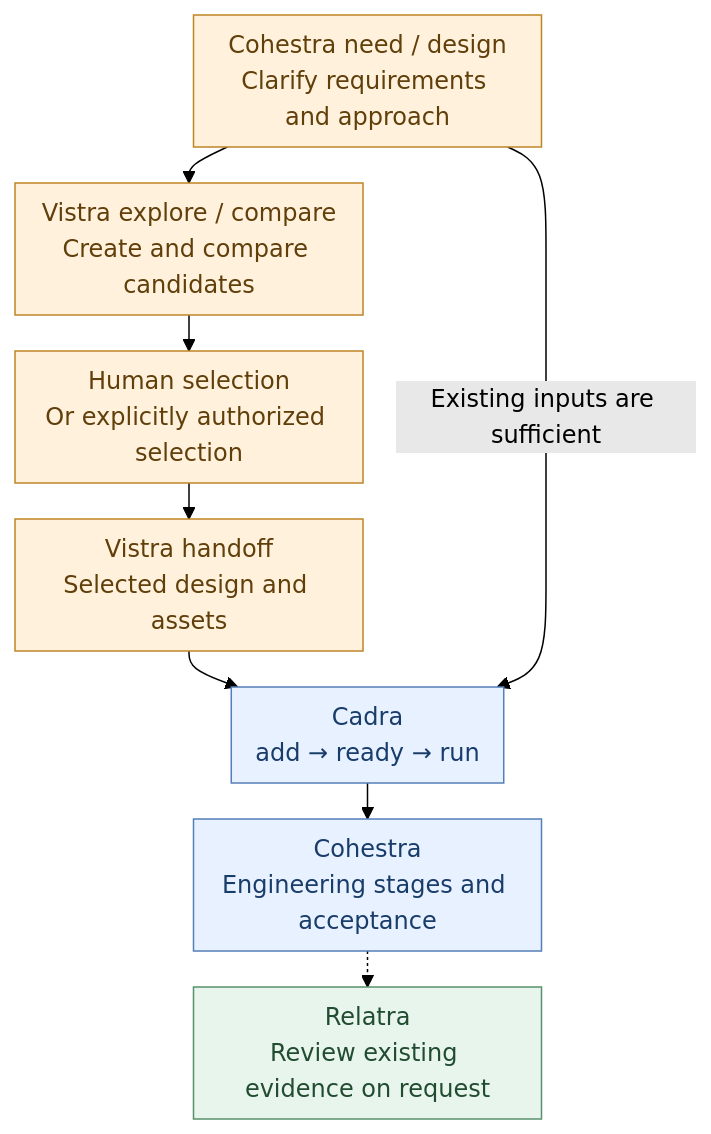
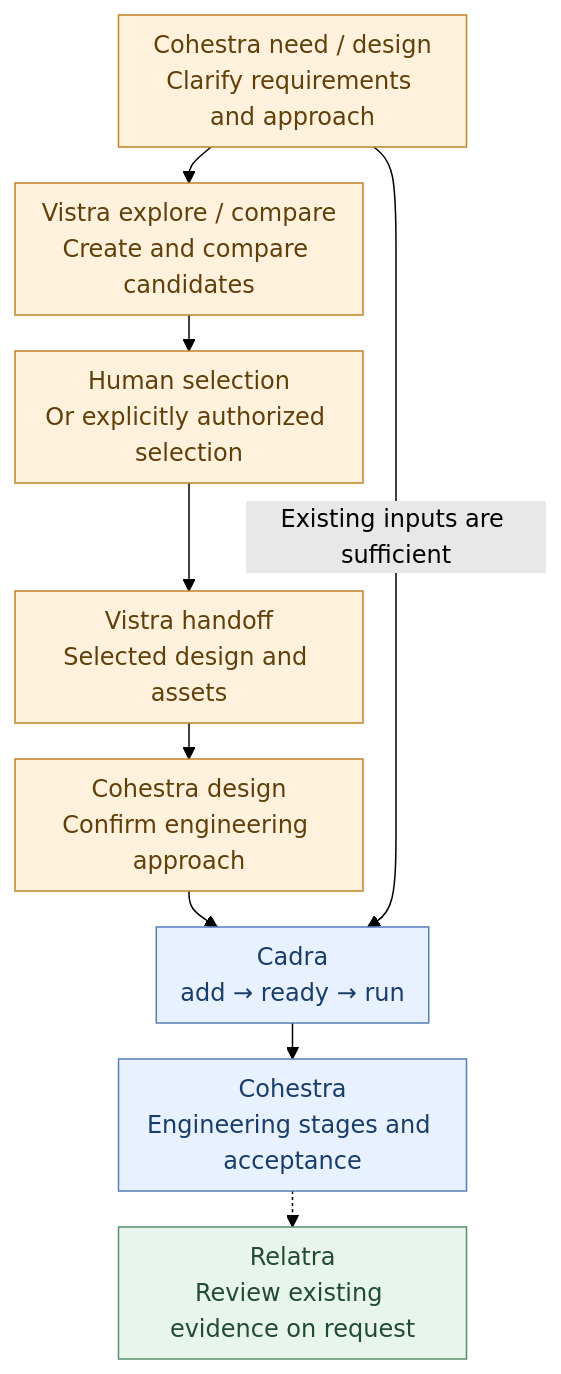
Before and after one commit to yuzio-ai/skills: the fourth of 4 diagrams in README.md, drawn with Mermaid (forest theme). The commit also changed other lines of this file and 46 other files, not shown here.

````diff
--- a/README.md
+++ b/README.md
@@ -499,23 +433,24 @@
 ```mermaid
 ---
 config:
   flowchart:
     rankSpacing: 24
     nodeSpacing: 24
     padding: 8
 ---
 flowchart TB
     N["Cohestra need / design<br/>Clarify requirements and approach"] --> V["Vistra explore / compare<br/>Create and compare candidates"]
     V --> H["Human selection<br/>Or explicitly authorized selection"]
     H --> F["Vistra handoff<br/>Selected design and assets"]
     A["Cadra<br/>add → ready → run"] --> C["Cohestra<br/>Engineering stages and acceptance"]
-    F --> A
+    F --> D["Cohestra design<br/>Confirm engineering approach"]
+    D --> A
     N -->|"Existing inputs are sufficient"| A
     C -.-> R["Relatra<br/>Review existing evidence on request"]
-    class N,V,H,F human
+    class N,V,H,F,D human
     class A,C automatic
     class R result
     classDef human fill:#fff1db,stroke:#bf8424,color:#603f0b
     classDef automatic fill:#e8f1ff,stroke:#547fb8,color:#193d6a
     classDef result fill:#e8f5ed,stroke:#57916c,color:#224c31
 ```
````
